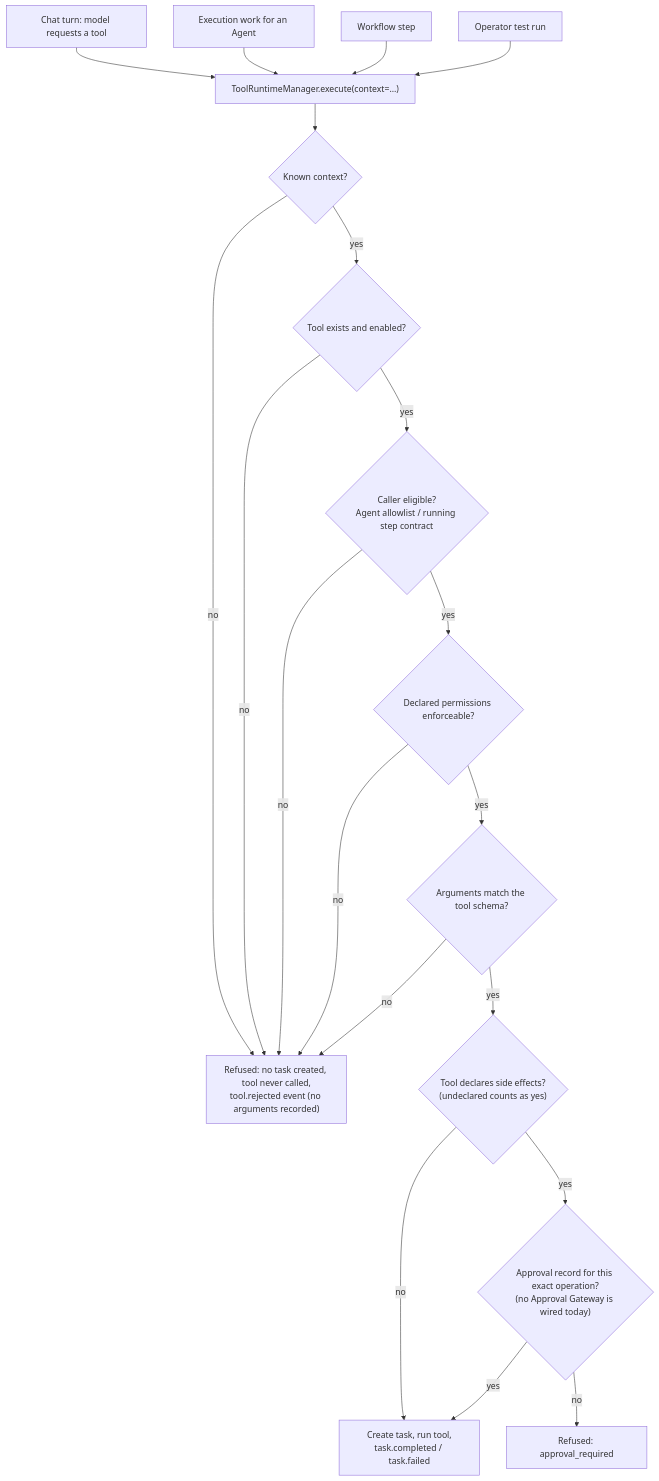
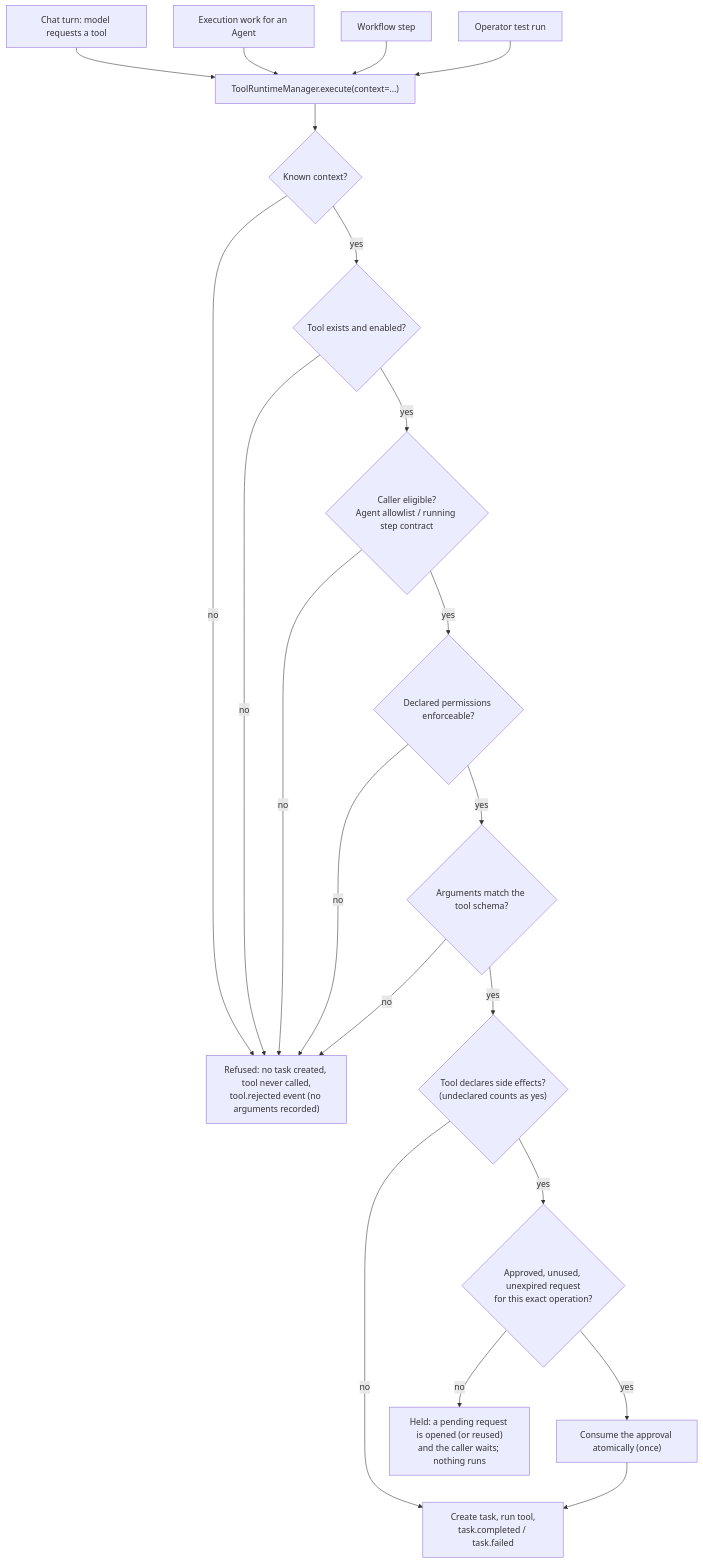
One commit to Yu-v-Raj/Genesis changed the third of 3 diagrams in README.md. Above: the diagram before and after it, drawn with Mermaid. The commit also changed other lines of this file and 88 other files, not shown here.

Commit message:
Implement approval gateway and execution hardening

````diff
--- a/README.md
+++ b/README.md
@@ -435,22 +442,23 @@
 ```mermaid
 flowchart TD
     A["Chat turn: model requests a tool"] --> X
     B["Execution work for an Agent"] --> X
     C["Workflow step"] --> X
     D["Operator test run"] --> X
     X["ToolRuntimeManager.execute(context=…)"] --> P1{"Known context?"}
     P1 -- no --> R["Refused: no task created, tool never called,<br/>tool.rejected event (no arguments recorded)"]
     P1 -- yes --> P2{"Tool exists and enabled?"}
     P2 -- no --> R
     P2 -- yes --> P3{"Caller eligible?<br/>Agent allowlist / running step contract"}
     P3 -- no --> R
     P3 -- yes --> P4{"Declared permissions enforceable?"}
     P4 -- no --> R
     P4 -- yes --> P5{"Arguments match the tool schema?"}
     P5 -- no --> R
     P5 -- yes --> P6{"Tool declares side effects?<br/>(undeclared counts as yes)"}
     P6 -- no --> T["Create task, run tool,<br/>task.completed / task.failed"]
-    P6 -- yes --> P7{"Approval record for this exact operation?<br/>(no Approval Gateway is wired today)"}
-    P7 -- no --> R2["Refused: approval_required"]
-    P7 -- yes --> T
+    P6 -- yes --> P7{"Approved, unused, unexpired request<br/>for this exact operation?"}
+    P7 -- no --> R2["Held: a pending request is opened (or reused)<br/>and the caller waits; nothing runs"]
+    P7 -- yes --> C1["Consume the approval atomically (once)"]
+    C1 --> T
 ```
````
